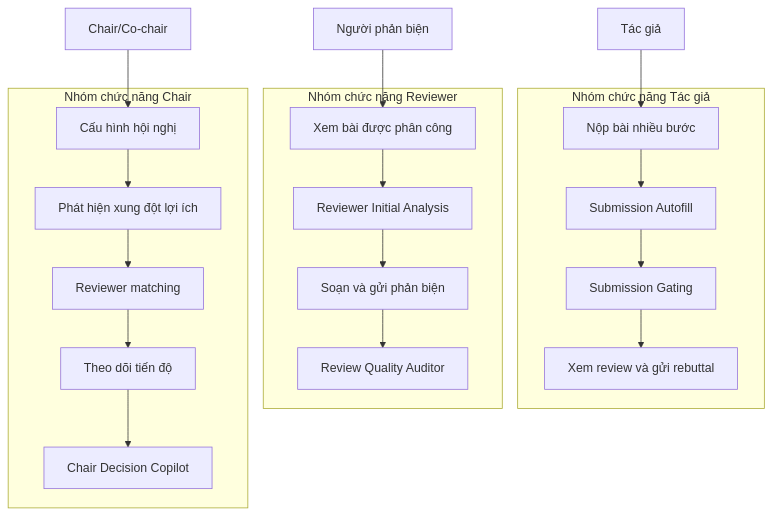
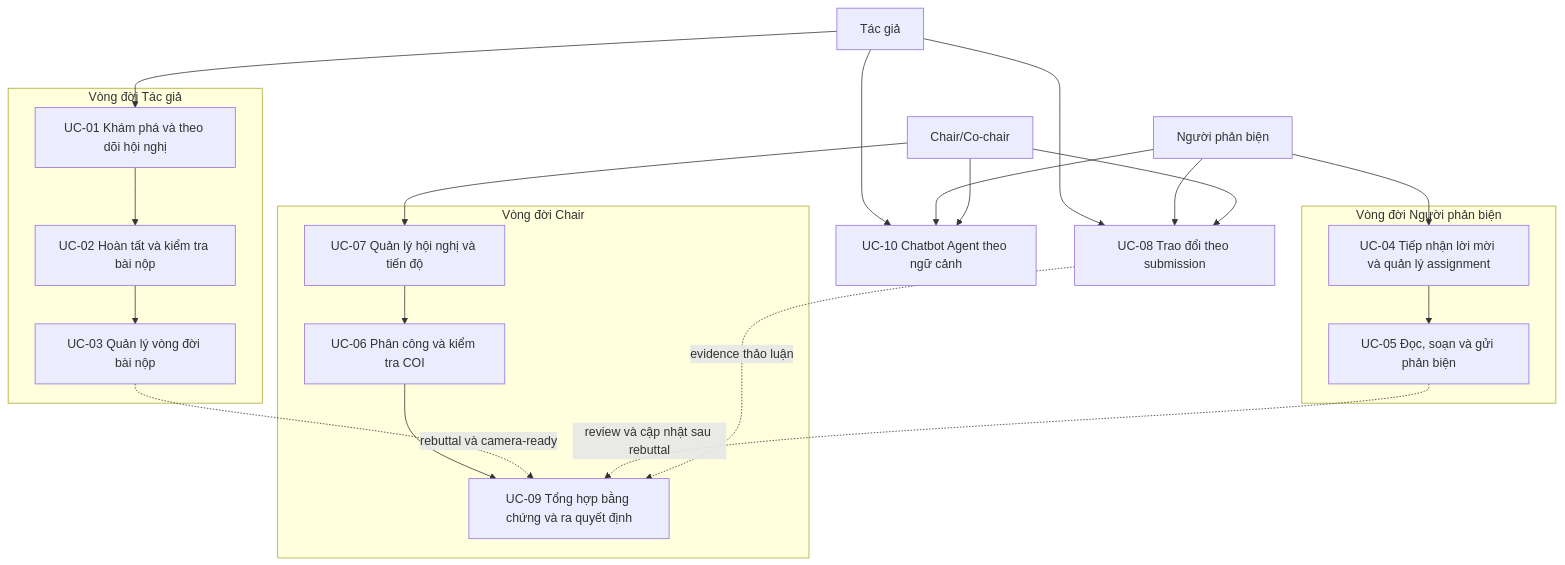
Before and after one commit to 5CLCsCan/ConferenceSpace: the second of 33 diagrams in docs/report/compiled/final_combined/03-xay-dung-he-thong.md, drawn with Mermaid. The commit also changed other lines of this file, not shown here.

````diff
--- a/docs/report/compiled/final_combined/03-xay-dung-he-thong.md
+++ b/docs/report/compiled/final_combined/03-xay-dung-he-thong.md
@@ -99,32 +101,42 @@
 ```mermaid
 flowchart TD
     Author["Tác giả"]
     Reviewer["Người phản biện"]
     Chair["Chair/Co-chair"]
 
-    subgraph A["Nhóm chức năng Tác giả"]
-        A1["Nộp bài nhiều bước"]
-        A2["Submission Autofill"]
-        A3["Submission Gating"]
-        A4["Xem review và gửi rebuttal"]
+    subgraph AU["Vòng đời Tác giả"]
+        UC01["UC-01 Khám phá và theo dõi hội nghị"]
+        UC02["UC-02 Hoàn tất và kiểm tra bài nộp"]
+        UC03["UC-03 Quản lý vòng đời bài nộp"]
     end
 
-    subgraph R["Nhóm chức năng Reviewer"]
-        R1["Xem bài được phân công"]
-        R2["Reviewer Initial Analysis"]
-        R3["Soạn và gửi phản biện"]
-        R4["Review Quality Auditor"]
+    subgraph RV["Vòng đời Người phản biện"]
+        UC04["UC-04 Tiếp nhận lời mời và quản lý assignment"]
+        UC05["UC-05 Đọc, soạn và gửi phản biện"]
     end
 
-    subgraph C["Nhóm chức năng Chair"]
-        C1["Cấu hình hội nghị"]
-        C2["Phát hiện xung đột lợi ích"]
-        C3["Reviewer matching"]
-        C4["Theo dõi tiến độ"]
-        C5["Chair Decision Copilot"]
+    subgraph CH["Vòng đời Chair"]
+        UC06["UC-06 Phân công và kiểm tra COI"]
+        UC07["UC-07 Quản lý hội nghị và tiến độ"]
+        UC09["UC-09 Tổng hợp bằng chứng và ra quyết định"]
     end
 
-    Author --> A1 --> A2 --> A3 --> A4
-    Reviewer --> R1 --> R2 --> R3 --> R4
-    Chair --> C1 --> C2 --> C3 --> C4 --> C5
+    UC08["UC-08 Trao đổi theo submission"]
+    UC10["UC-10 Chatbot Agent theo ngữ cảnh"]
+
+    Author --> UC01 --> UC02 --> UC03
+    Reviewer --> UC04 --> UC05
+    Chair --> UC07 --> UC06 --> UC09
+
+    Author --> UC08
+    Reviewer --> UC08
+    Chair --> UC08
+
+    Author --> UC10
+    Reviewer --> UC10
+    Chair --> UC10
+
+    UC03 -.->|"rebuttal và camera-ready"| UC09
+    UC05 -.->|"review và cập nhật sau rebuttal"| UC09
+    UC08 -.->|"evidence thảo luận"| UC09
 ```
````
